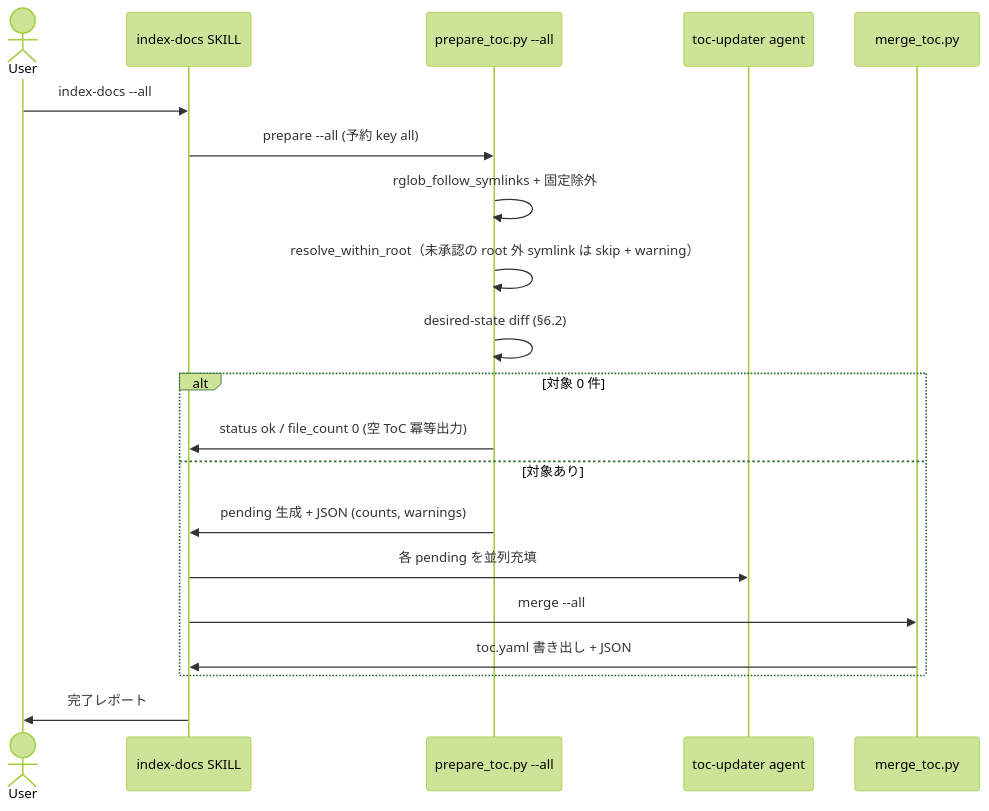
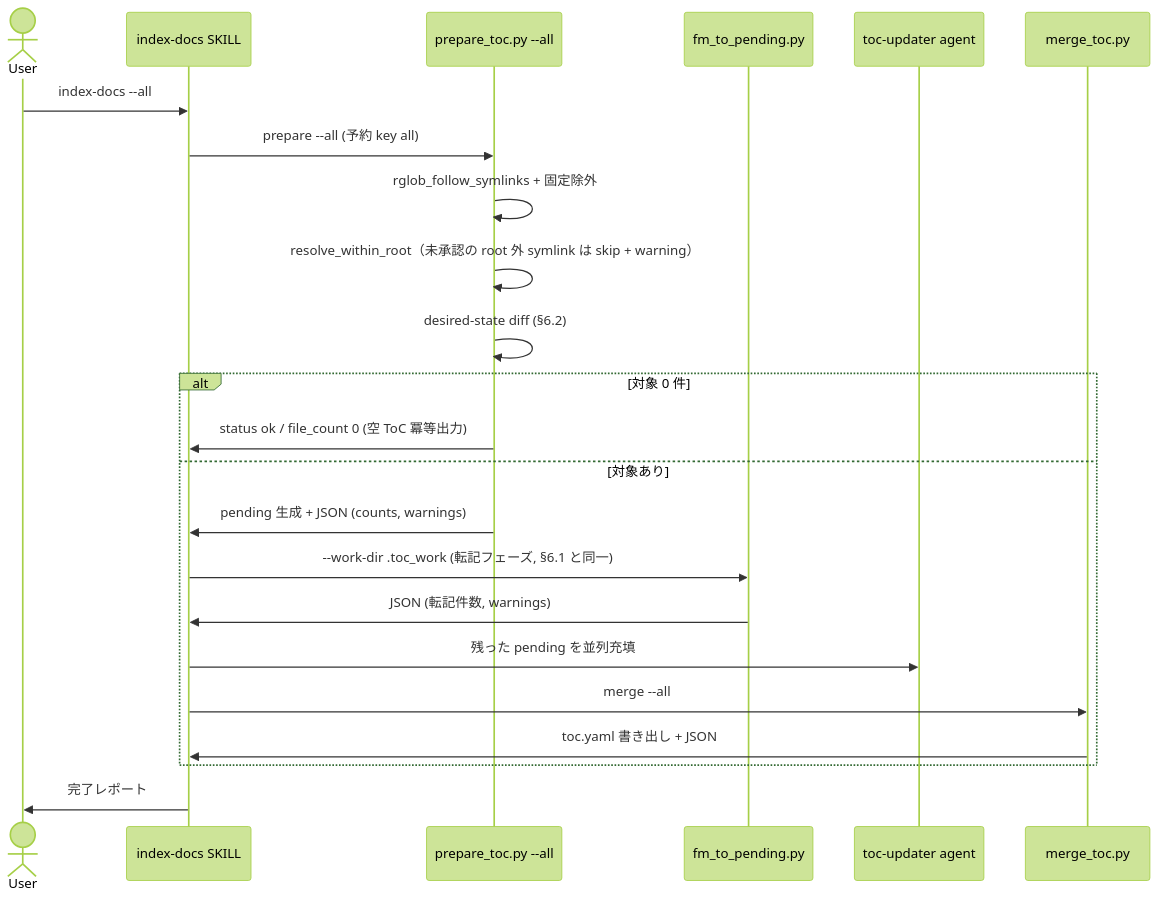
The sixth of 7 diagrams in docs/specs/base/design/DES-005_toc_generation_flow.md (BlueEventHorizon/DocAdvisor-CC), drawn with Mermaid (forest theme) before and after one commit. The commit also changed other lines of this file and 3 other files, not shown here.

````diff
--- a/docs/specs/base/design/DES-005_toc_generation_flow.md
+++ b/docs/specs/base/design/DES-005_toc_generation_flow.md
@@ -407,23 +435,26 @@
 ```mermaid
 sequenceDiagram
     actor User
     participant I as index-docs SKILL
     participant P as prepare_toc.py --all
+    participant FM as fm_to_pending.py
     participant Agent as toc-updater agent
     participant M as merge_toc.py
 
     User->>I: index-docs --all
     I->>P: prepare --all (予約 key all)
     P->>P: rglob_follow_symlinks + 固定除外
     P->>P: resolve_within_root（未承認の root 外 symlink は skip + warning）
     P->>P: desired-state diff (§6.2)
     alt 対象 0 件
         P->>I: status ok / file_count 0 (空 ToC 冪等出力)
     else 対象あり
         P->>I: pending 生成 + JSON (counts, warnings)
-        I->>Agent: 各 pending を並列充填
+        I->>FM: --work-dir .toc_work (転記フェーズ, §6.1 と同一)
+        FM->>I: JSON (転記件数, warnings)
+        I->>Agent: 残った pending を並列充填
         I->>M: merge --all
         M->>I: toc.yaml 書き出し + JSON
     end
     I->>User: 完了レポート
 ```
````
